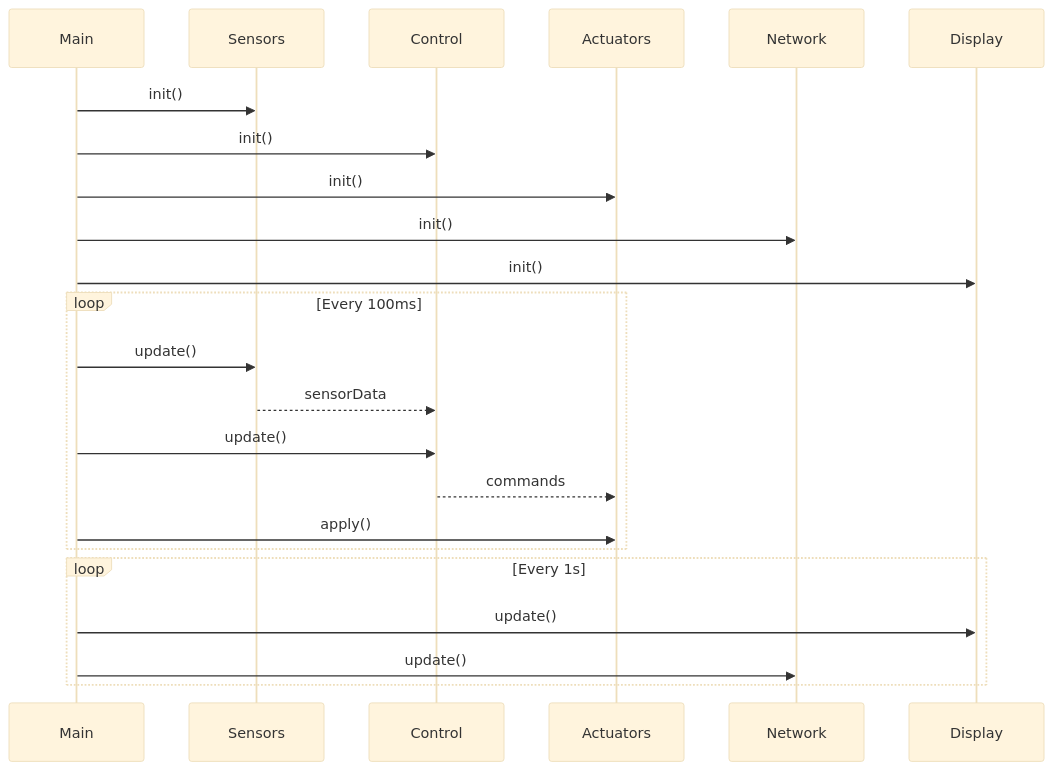
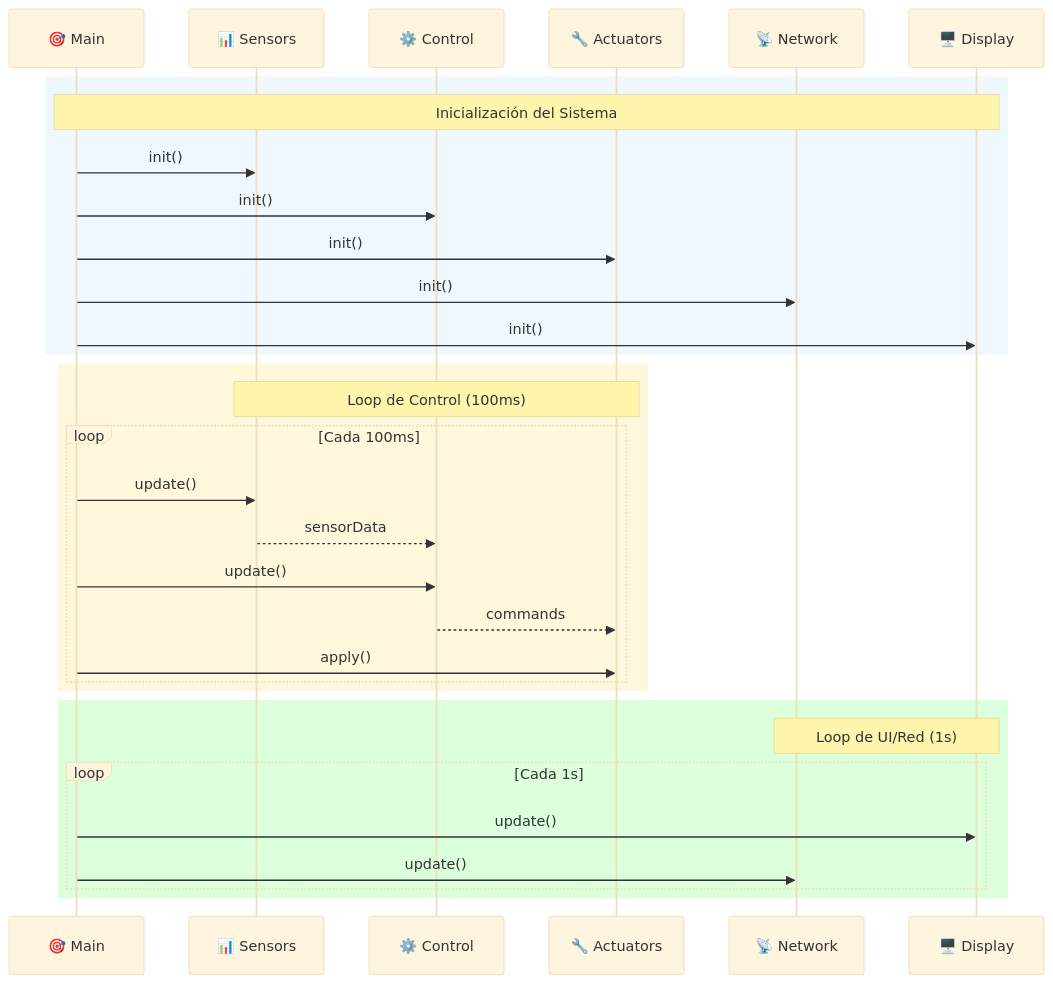
Before and after one commit to medicalopenworld/IncuNest-Docs: the second of 2 diagrams in docs/docs/software/overview.md, drawn with Mermaid (base theme). The commit also changed other lines of this file and 11 other files, not shown here.

Commit message:
Update Spanish documentation diagrams to beautiful mermaid style

````diff
--- a/docs/docs/software/overview.md
+++ b/docs/docs/software/overview.md
@@ -220,28 +234,37 @@
 ```mermaid
 sequenceDiagram
-    participant Main
-    participant Sensors
-    participant Control
-    participant Actuators
-    participant Network
-    participant Display
+    participant Main as 🎯 Main
+    participant Sensors as 📊 Sensors
+    participant Control as ⚙️ Control
+    participant Actuators as 🔧 Actuators
+    participant Network as 📡 Network
+    participant Display as 🖥️ Display
     
-    Main->>Sensors: init()
-    Main->>Control: init()
-    Main->>Actuators: init()
-    Main->>Network: init()
-    Main->>Display: init()
-    
-    loop Every 100ms
-        Main->>Sensors: update()
-        Sensors-->>Control: sensorData
-        Main->>Control: update()
-        Control-->>Actuators: commands
-        Main->>Actuators: apply()
+    rect rgb(240, 248, 255)
+        Note over Main,Display: Inicialización del Sistema
+        Main->>Sensors: init()
+        Main->>Control: init()
+        Main->>Actuators: init()
+        Main->>Network: init()
+        Main->>Display: init()
     end
     
-    loop Every 1s
-        Main->>Display: update()
-        Main->>Network: update()
+    rect rgb(255, 248, 220)
+        Note over Sensors,Actuators: Loop de Control (100ms)
+        loop Cada 100ms
+            Main->>Sensors: update()
+            Sensors-->>Control: sensorData
+            Main->>Control: update()
+            Control-->>Actuators: commands
+            Main->>Actuators: apply()
+        end
+    end
+    
+    rect rgb(220, 255, 220)
+        Note over Display,Network: Loop de UI/Red (1s)
+        loop Cada 1s
+            Main->>Display: update()
+            Main->>Network: update()
+        end
     end
 ```
````
